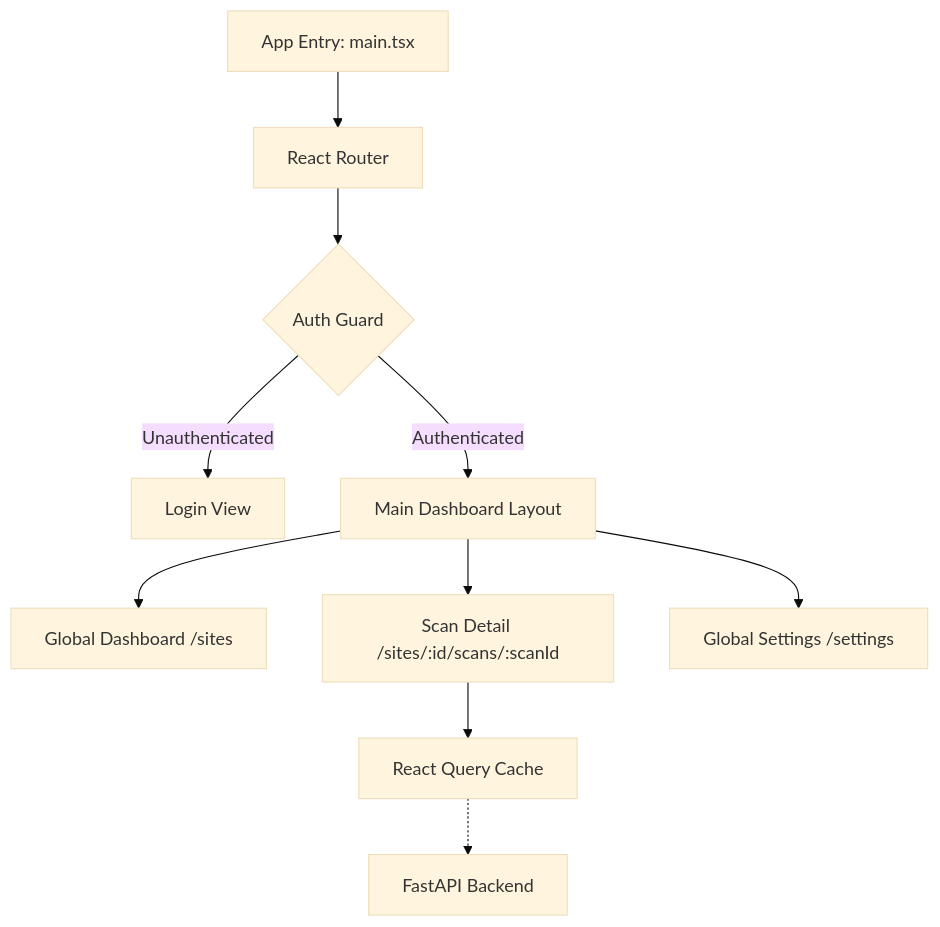
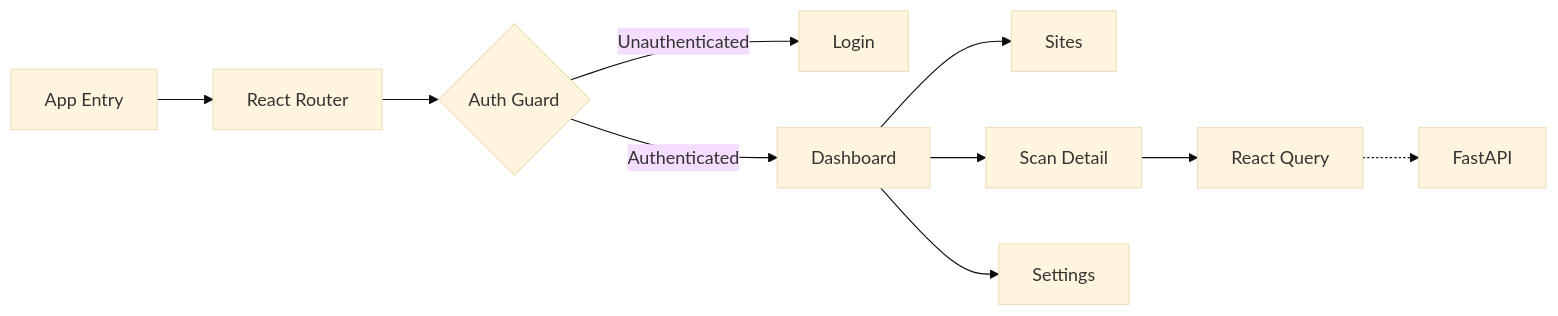
The diagram in docs/frontend/architecture.mdx (Ns81000/WARDRESS), drawn with Mermaid (base theme) before and after one commit. The commit also changed 12 other files, not shown here.

Commit message:
feat: initialize documentation suite including architectural overviews and detailed layer-specific detection logic.

````diff
--- a/docs/frontend/architecture.mdx
+++ b/docs/frontend/architecture.mdx
@@ -30,14 +30,14 @@
 ```mermaid
-graph TD
-    APP[App Entry: main.tsx] --> ROUTER[React Router]
+graph LR
+    APP[App Entry] --> ROUTER[React Router]
     ROUTER --> AUTH{Auth Guard}
-    AUTH -- Unauthenticated --> LOGIN[Login View]
-    AUTH -- Authenticated --> LAYOUT[Main Dashboard Layout]
+    AUTH -- Unauthenticated --> LOGIN[Login]
+    AUTH -- Authenticated --> LAYOUT[Dashboard]
     
-    LAYOUT --> DASH[Global Dashboard /sites]
-    LAYOUT --> SCAN[Scan Detail /sites/:id/scans/:scanId]
-    LAYOUT --> SETTINGS[Global Settings /settings]
+    LAYOUT --> DASH[Sites]
+    LAYOUT --> SCAN[Scan Detail]
+    LAYOUT --> SETTINGS[Settings]
     
-    SCAN --> QUERY[React Query Cache]
-    QUERY -.-> API[FastAPI Backend]
+    SCAN --> QUERY[React Query]
+    QUERY -.-> API[FastAPI]
 ```
````
